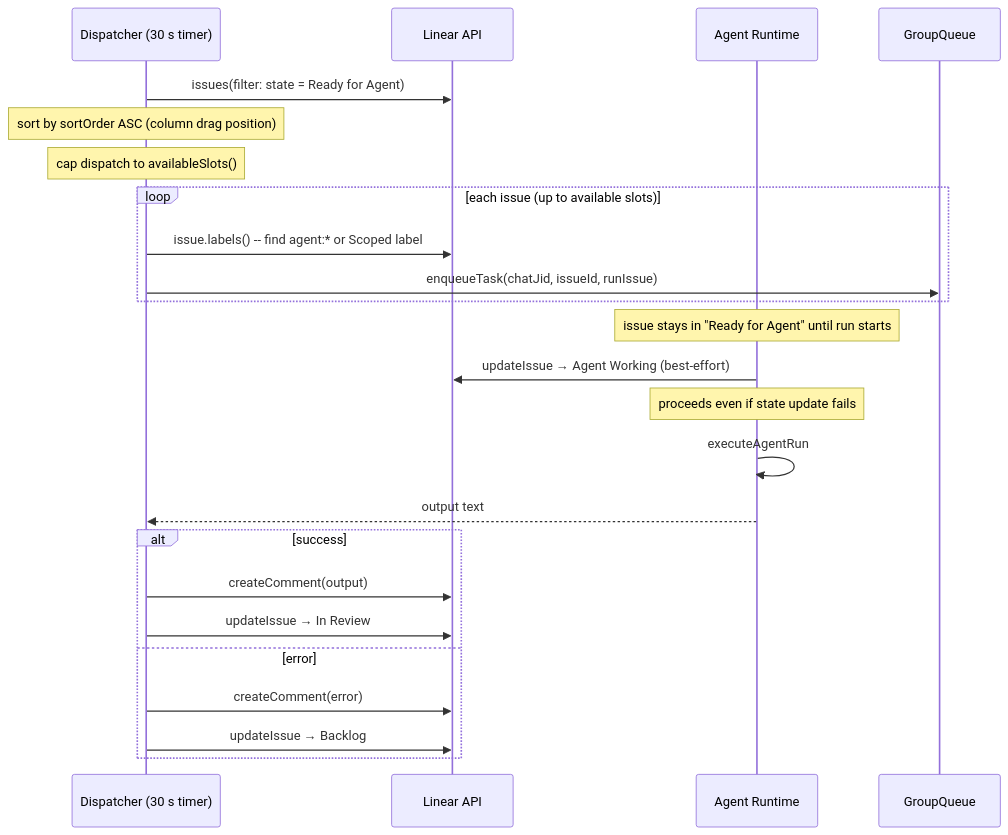
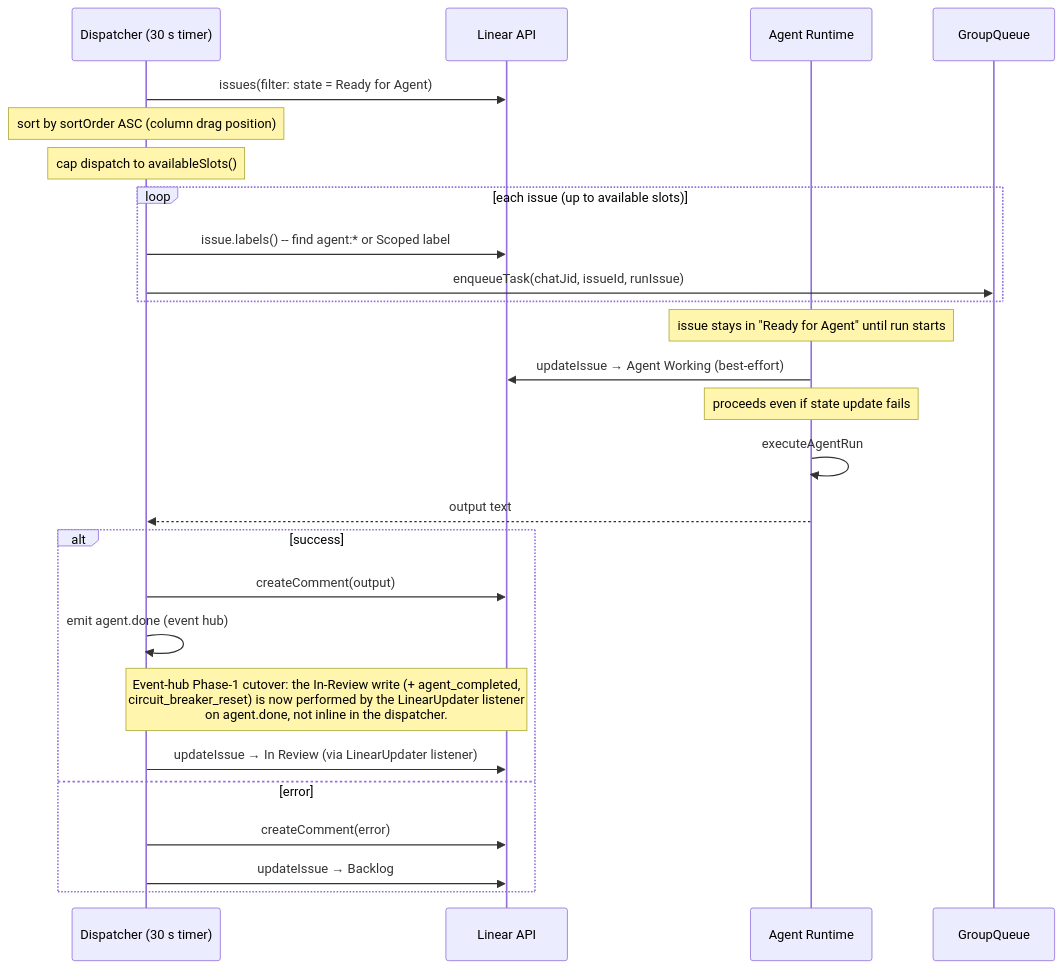
One commit to sliamh11/deus-v2 changed the third of 3 diagrams in docs/decisions/linear-webhook-pipeline.md. Above: the diagram before and after it, drawn with Mermaid. The commit also changed 6 other files, not shown here.

First line of the commit message:
feat(events): cut over LinearUpdater live — delete inline In-Review write (Phase 1 Step 2) (#670)

````diff
--- a/docs/decisions/linear-webhook-pipeline.md
+++ b/docs/decisions/linear-webhook-pipeline.md
@@ -74,27 +74,29 @@
 ```mermaid
 sequenceDiagram
     participant PD as Dispatcher (30 s timer)
     participant LAPI as Linear API
     participant ART as Agent Runtime
     participant DB as GroupQueue
 
     PD->>LAPI: issues(filter: state = Ready for Agent)
     Note over PD: sort by sortOrder ASC (column drag position)
     Note over PD: cap dispatch to availableSlots()
     loop each issue (up to available slots)
         PD->>LAPI: issue.labels() -- find agent:* or Scoped label
         PD->>DB: enqueueTask(chatJid, issueId, runIssue)
     end
     Note over ART: issue stays in "Ready for Agent" until run starts
     ART->>LAPI: updateIssue → Agent Working (best-effort)
     Note over ART: proceeds even if state update fails
     ART->>ART: executeAgentRun
     ART-->>PD: output text
     alt success
         PD->>LAPI: createComment(output)
-        PD->>LAPI: updateIssue → In Review
+        PD->>PD: emit agent.done (event hub)
+        Note over PD,LAPI: Event-hub Phase-1 cutover: the In-Review write (+ agent_completed,<br/>circuit_breaker_reset) is now performed by the LinearUpdater listener<br/>on agent.done, not inline in the dispatcher.
+        PD->>LAPI: updateIssue → In Review (via LinearUpdater listener)
     else error
         PD->>LAPI: createComment(error)
         PD->>LAPI: updateIssue → Backlog
     end
 ```
````
